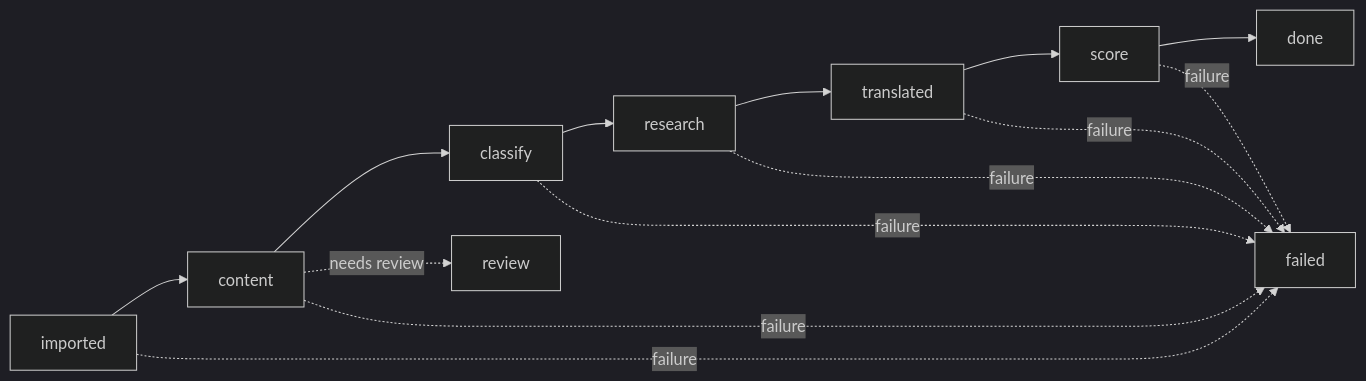
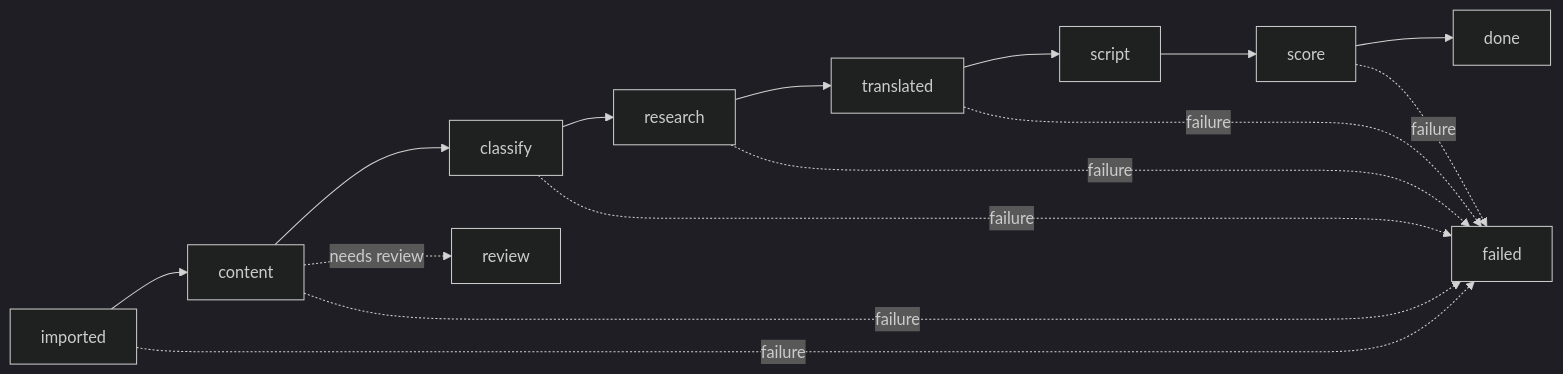
The third of 4 diagrams in docs/ARCHITECTURE/ARCHITECTURE.md (aldhubaib/falak), drawn with Mermaid (dark theme) before and after one commit. The commit also changed other lines of this file, not shown here.

Commit message:
docs: update ARCHITECTURE.md — Add script as dedicated pipeline stage between translated and score

````diff
--- a/docs/ARCHITECTURE/ARCHITECTURE.md
+++ b/docs/ARCHITECTURE/ARCHITECTURE.md
@@ -901,11 +901,11 @@
 ```mermaid
 flowchart LR
-    IM["imported"] --> CO["content"] --> CL["classify"] --> RE["research"] --> TR["translated"] --> SC["score"] --> DO["done"]
+    IM["imported"] --> CO["content"] --> CL["classify"] --> RE["research"] --> TR["translated"] --> SR["script"] --> SC["score"] --> DO["done"]
     CO -.->|needs review| RV["review"]
     IM -.->|failure| F["failed"]
     CO -.->|failure| F
     CL -.->|failure| F
     RE -.->|failure| F
     TR -.->|failure| F
     SC -.->|failure| F
 ```
````
